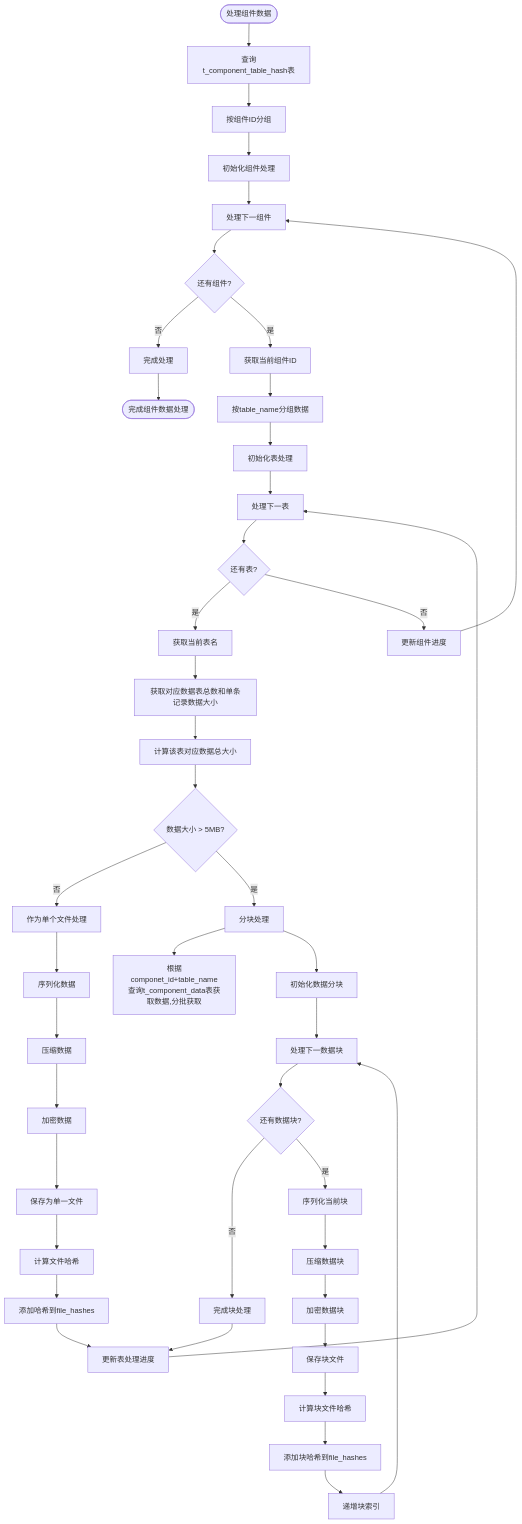
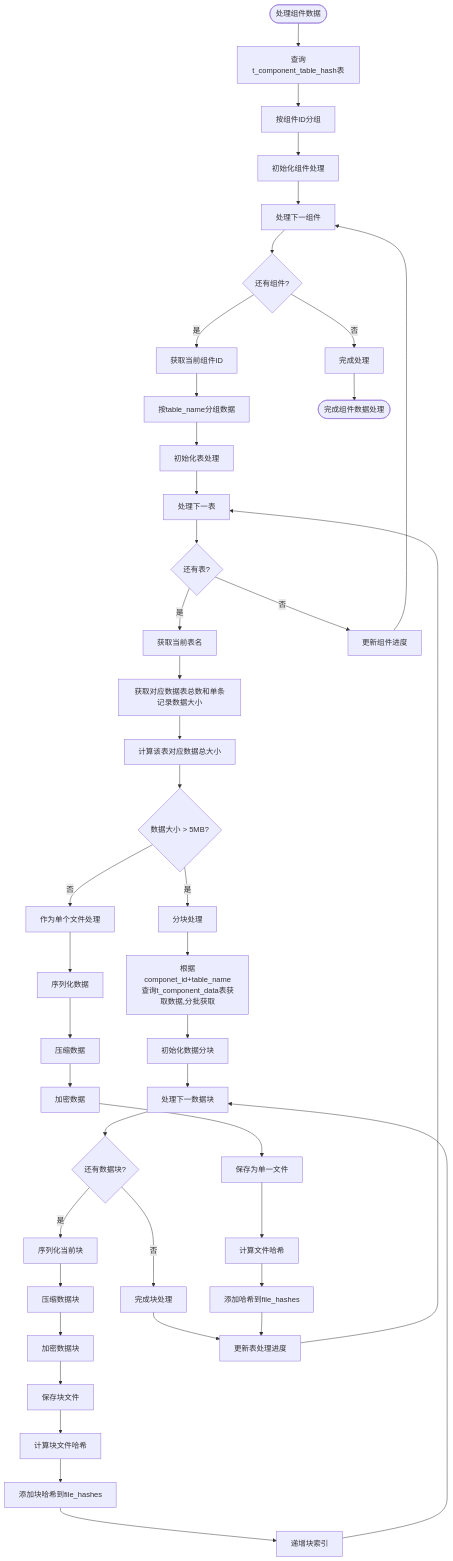
Before and after one commit to yingjianzh/iodraw-files: the diagram in all/未命名-56.md, drawn with Mermaid.

Commit message:
2025-05-12 14:32:04 update

````diff
--- a/all/未命名-56.md
+++ b/all/未命名-56.md
@@ -1,62 +1,62 @@
 ```mermaid
 
 flowchart TD
     Start([处理组件数据]) --> QueryDB[查询t_component_table_hash表]
     QueryDB --> GroupByComp[按组件ID分组]
     GroupByComp --> InitCompProcess[初始化组件处理]
     
     InitCompProcess --> ProcessNextComp[处理下一组件]
     ProcessNextComp --> MoreComps{还有组件?}
     MoreComps -->|否| CompleteProcess[完成处理]
     MoreComps -->|是| GetCompID[获取当前组件ID]
     
     GetCompID --> GroupByTable[按table_name分组数据]
     GroupByTable --> InitTableProcess[初始化表处理]
     
     InitTableProcess --> ProcessNextTable[处理下一表]
     ProcessNextTable --> MoreTables{还有表?}
 
     MoreTables -->|是| GetTableName[获取当前表名]
     MoreTables -->|否| UpdateCompProgress[更新组件进度]
     
     UpdateCompProgress --> ProcessNextComp
     
     GetTableName --> CheckDataSize[获取对应数据表总数和单条记录数据大小]
     CheckDataSize --> TotalSize[计算该表对应数据总大小]
 
     TotalSize --> DataSize{数据大小 > 5MB?}
    
     DataSize -->|否| ProcessSingleFile[作为单个文件处理]
     DataSize -->|是| ProcessMultipleChunks[分块处理]
 
     ProcessMultipleChunks --> QueryTableData[根据componet_id+table_name查询t_component_data表获取数据,分批获取]
     
     ProcessSingleFile --> SerializeData[序列化数据]
     SerializeData --> CompressData[压缩数据]
     CompressData --> EncryptData[加密数据]
     EncryptData --> SaveSingleFile[保存为单一文件]
     SaveSingleFile --> CalcFileHash[计算文件哈希]
     CalcFileHash --> AddToFileHashes[添加哈希到file_hashes]
 
-    ProcessMultipleChunks --> InitChunks[初始化数据分块]
+    QueryTableData --> InitChunks[初始化数据分块]
     InitChunks --> ProcessNextChunk[处理下一数据块]
     
     ProcessNextChunk --> MoreChunks{还有数据块?}
     MoreChunks -->|否| CompleteChunks[完成块处理]
     MoreChunks -->|是| SerializeChunk[序列化当前块]
     
     SerializeChunk --> CompressChunk[压缩数据块]
     CompressChunk --> EncryptChunk[加密数据块]
     EncryptChunk --> SaveChunkFile[保存块文件]
     SaveChunkFile --> CalcChunkHash[计算块文件哈希]
     CalcChunkHash --> AddChunkHash[添加块哈希到file_hashes]
     AddChunkHash --> IncrementChunkIndex[递增块索引]
     IncrementChunkIndex --> ProcessNextChunk
     
     CompleteChunks --> UpdateTableProgress[更新表处理进度]
     AddToFileHashes --> UpdateTableProgress
     UpdateTableProgress --> ProcessNextTable
     
     CompleteProcess --> End([完成组件数据处理])
 
 ```
````
